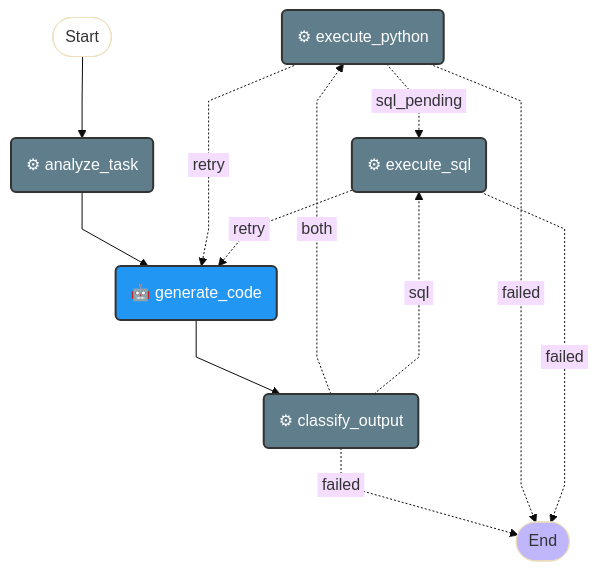
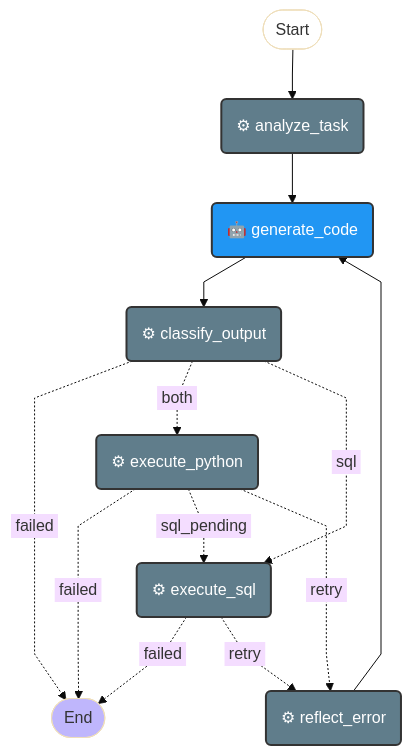
The diagram in docs/data_graph.md (sergiogg94/atlas_research_system), drawn with Mermaid (base theme) before and after one commit. The commit also changed other lines of this file, not shown here.

Commit message:
docs: update data graph

````diff
--- a/docs/data_graph.md
+++ b/docs/data_graph.md
@@ -21,29 +22,31 @@
 ```mermaid
 %%{init: {'flowchart': {'curve': 'linear'}}}%%
 graph TD;
 
+    analyze_task("⚙ analyze_task")
     execute_python("⚙ execute_python")
-    analyze_task("⚙ analyze_task")
     generate_code("🤖 generate_code")
+    reflect_error("⚙ reflect_error")
+    classify_output("⚙ classify_output")
     execute_sql("⚙ execute_sql")
-    classify_output("⚙ classify_output")
 
     __start__(["Start"]):::first --> analyze_task;
     analyze_task --> generate_code;
     classify_output -. &nbsp;failed&nbsp; .-> __end__(["End"]):::last;
     classify_output -. &nbsp;both&nbsp; .-> execute_python;
     classify_output -. &nbsp;sql&nbsp; .-> execute_sql;
     execute_python -. &nbsp;failed&nbsp; .-> __end__(["End"]):::last;
     execute_python -. &nbsp;sql_pending&nbsp; .-> execute_sql;
-    execute_python -. &nbsp;retry&nbsp; .-> generate_code;
+    execute_python -. &nbsp;retry&nbsp; .-> reflect_error;
     execute_sql -. &nbsp;failed&nbsp; .-> __end__(["End"]):::last;
-    execute_sql -. &nbsp;retry&nbsp; .-> generate_code;
+    execute_sql -. &nbsp;retry&nbsp; .-> reflect_error;
     generate_code --> classify_output;
+    reflect_error --> generate_code;
 
-    class execute_python,analyze_task,execute_sql,classify_output defaultNode;
+    class analyze_task,execute_python,reflect_error,classify_output,execute_sql defaultNode;
     class generate_code llmNode;
     classDef first fill-opacity:0;
     classDef last fill:#bfb6fc;
     classDef llmNode fill:#2196f3,stroke:#333,stroke-width:2px,color:#fff;
     classDef defaultNode fill:#607d8b,stroke:#333,stroke-width:2px,color:#fff;
 ```
````
